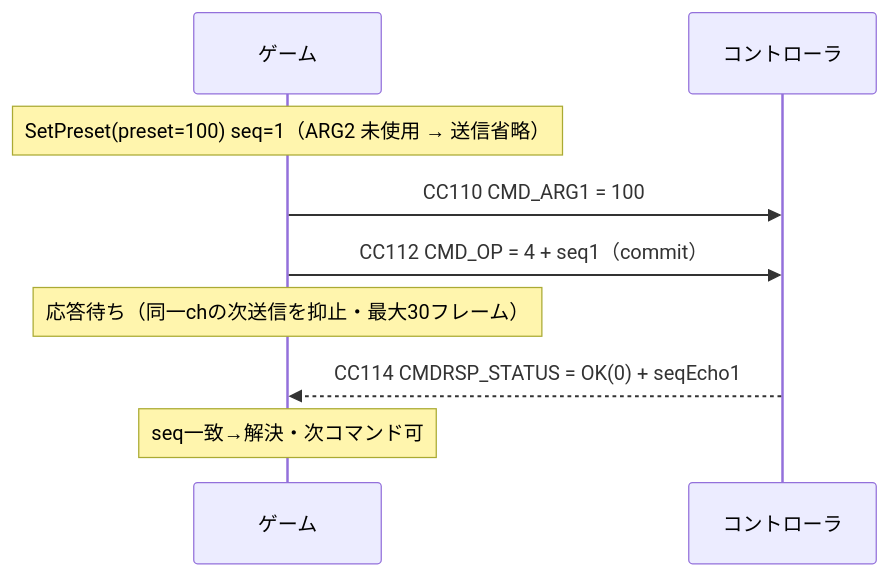
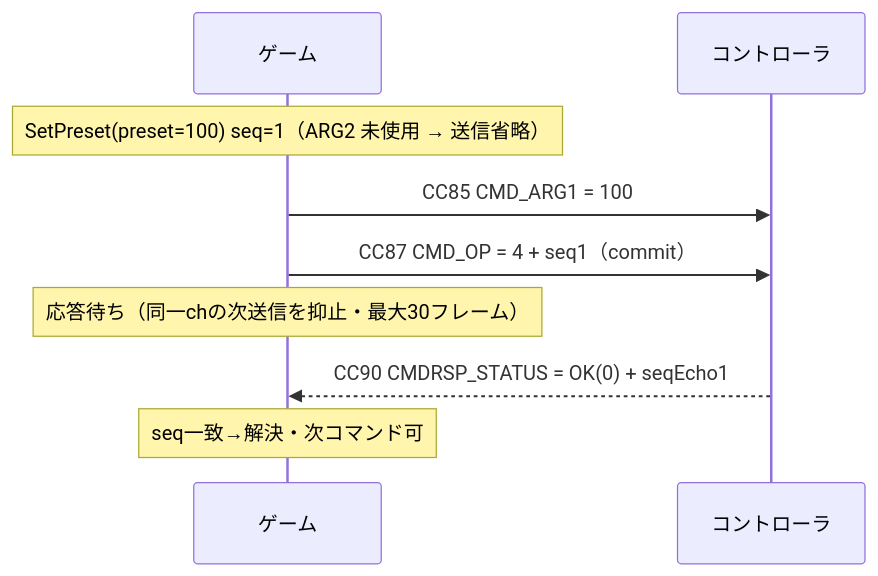
One commit to sanlike0911/pyMidiSimulator changed the first of 4 diagrams in docs/specs/midi-mapping.md. Above: the diagram before and after it, drawn with Mermaid. The commit also changed other lines of this file, not shown here.

````diff
--- a/docs/specs/midi-mapping.md
+++ b/docs/specs/midi-mapping.md
@@ -271,11 +267,11 @@
 ```mermaid
 sequenceDiagram
     participant G as ゲーム
     participant C as コントローラ
     Note over G: SetPreset(preset=100) seq=1（ARG2 未使用 → 送信省略）
-    G->>C: CC110 CMD_ARG1 = 100
-    G->>C: CC112 CMD_OP = 4 + seq1（commit）
+    G->>C: CC85 CMD_ARG1 = 100
+    G->>C: CC87 CMD_OP = 4 + seq1（commit）
     Note over G: 応答待ち（同一chの次送信を抑止・最大30フレーム）
-    C-->>G: CC114 CMDRSP_STATUS = OK(0) + seqEcho1
+    C-->>G: CC90 CMDRSP_STATUS = OK(0) + seqEcho1
     Note over G: seq一致→解決・次コマンド可
 ```
````
